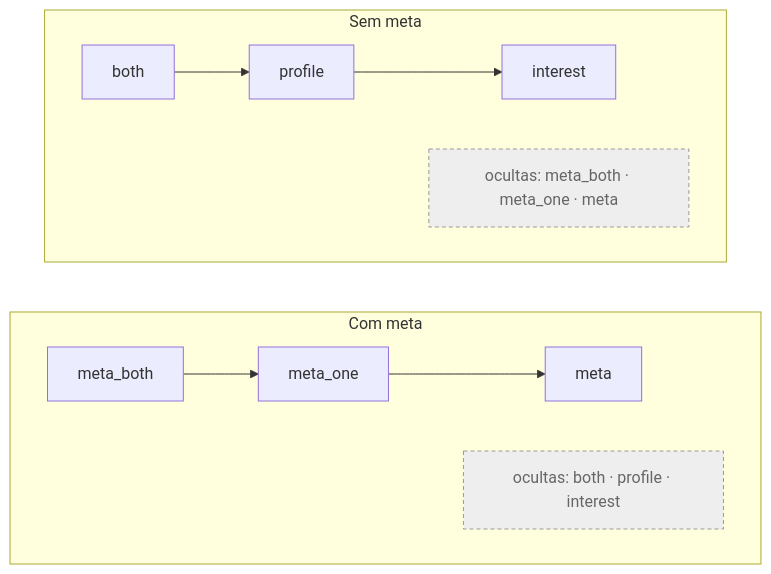
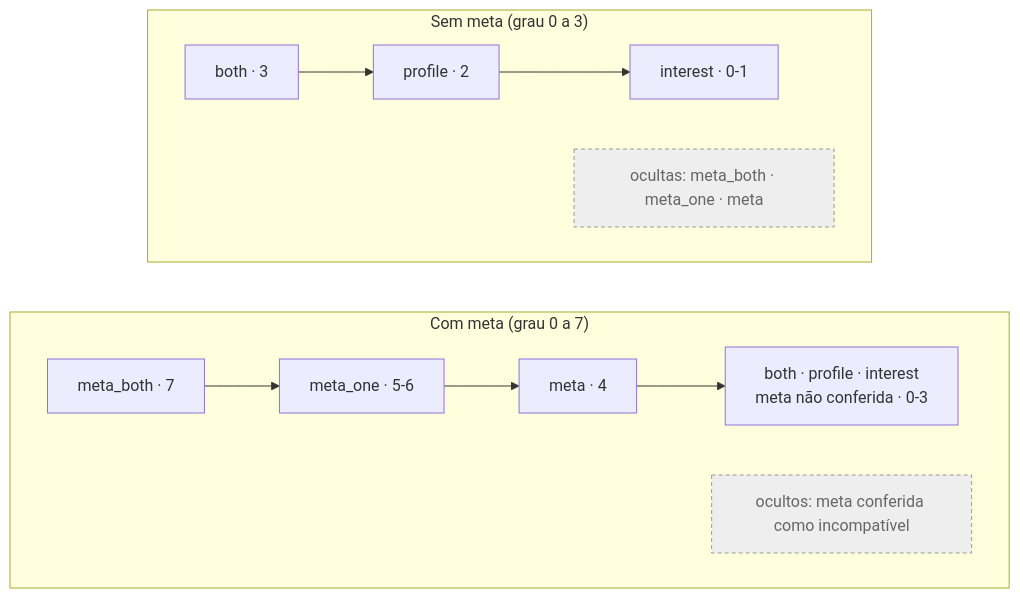
Before and after one commit to razimbrao/sis-read: diagram 11 of 25 in docs/fluxos-transparencia.md, drawn with Mermaid. The commit also changed other lines of this file and 23 other files, not shown here.

First line of the commit message:
Ordena a lista pelo grau de recomendação, sem prioridade por repositório

````diff
--- a/docs/fluxos-transparencia.md
+++ b/docs/fluxos-transparencia.md
@@ -420,14 +421,14 @@
 ```mermaid
 flowchart LR
-    subgraph COM["Com meta"]
+    subgraph COM["Com meta (grau 0 a 7)"]
         direction LR
-        a1["meta_both"] --> a2["meta_one"] --> a3["meta"]
-        a4["ocultas: both · profile · interest"]:::oculto
+        a1["meta_both · 7"] --> a2["meta_one · 5-6"] --> a3["meta · 4"] --> a5["both · profile · interest<br/>meta não conferida · 0-3"]
+        a4["ocultos: meta conferida como incompatível"]:::oculto
     end
-    subgraph SEM["Sem meta"]
+    subgraph SEM["Sem meta (grau 0 a 3)"]
         direction LR
-        b1["both"] --> b2["profile"] --> b3["interest"]
+        b1["both · 3"] --> b2["profile · 2"] --> b3["interest · 0-1"]
         b4["ocultas: meta_both · meta_one · meta"]:::oculto
     end
     classDef oculto fill:#eee,stroke:#999,stroke-dasharray: 4 3,color:#666
 ```
````
